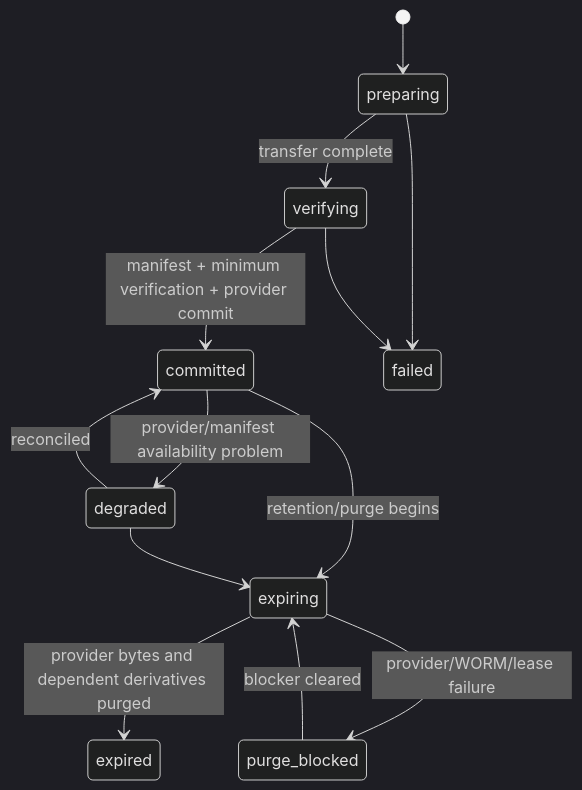
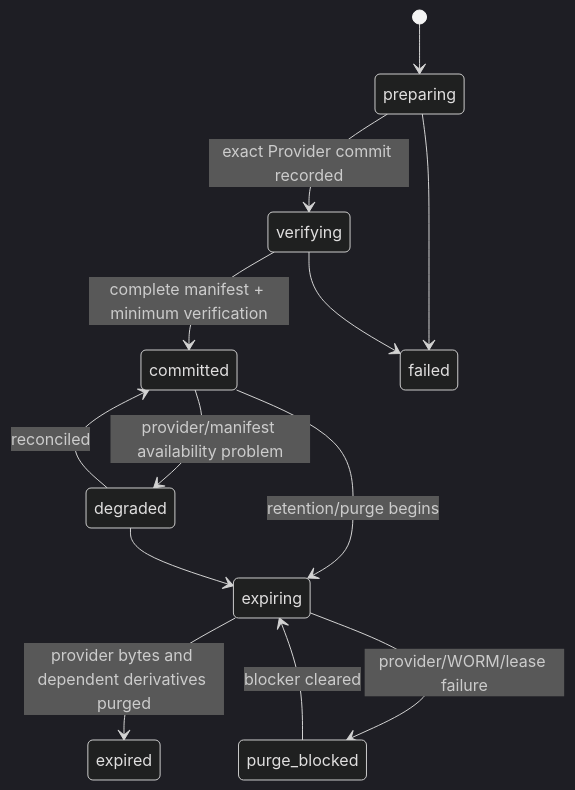
Before and after one commit to xiangnan0811/xirang: the second of 3 diagrams in .trellis/tasks/07-12-backup-data-explorer-design/design.md, drawn with Mermaid (dark theme). The commit also changed other lines of this file and 130 other files, not shown here.

````diff
--- a/.trellis/tasks/07-12-backup-data-explorer-design/design.md
+++ b/.trellis/tasks/07-12-backup-data-explorer-design/design.md
@@ -208,15 +208,15 @@
 ```mermaid
 stateDiagram-v2
   [*] --> preparing
-  preparing --> verifying: transfer complete
-  verifying --> committed: manifest + minimum verification + provider commit
+  preparing --> verifying: exact Provider commit recorded
+  verifying --> committed: complete manifest + minimum verification
   preparing --> failed
   verifying --> failed
   committed --> degraded: provider/manifest availability problem
   degraded --> committed: reconciled
   committed --> expiring: retention/purge begins
   degraded --> expiring
   expiring --> expired: provider bytes and dependent derivatives purged
   expiring --> purge_blocked: provider/WORM/lease failure
   purge_blocked --> expiring: blocker cleared
 ```
````
